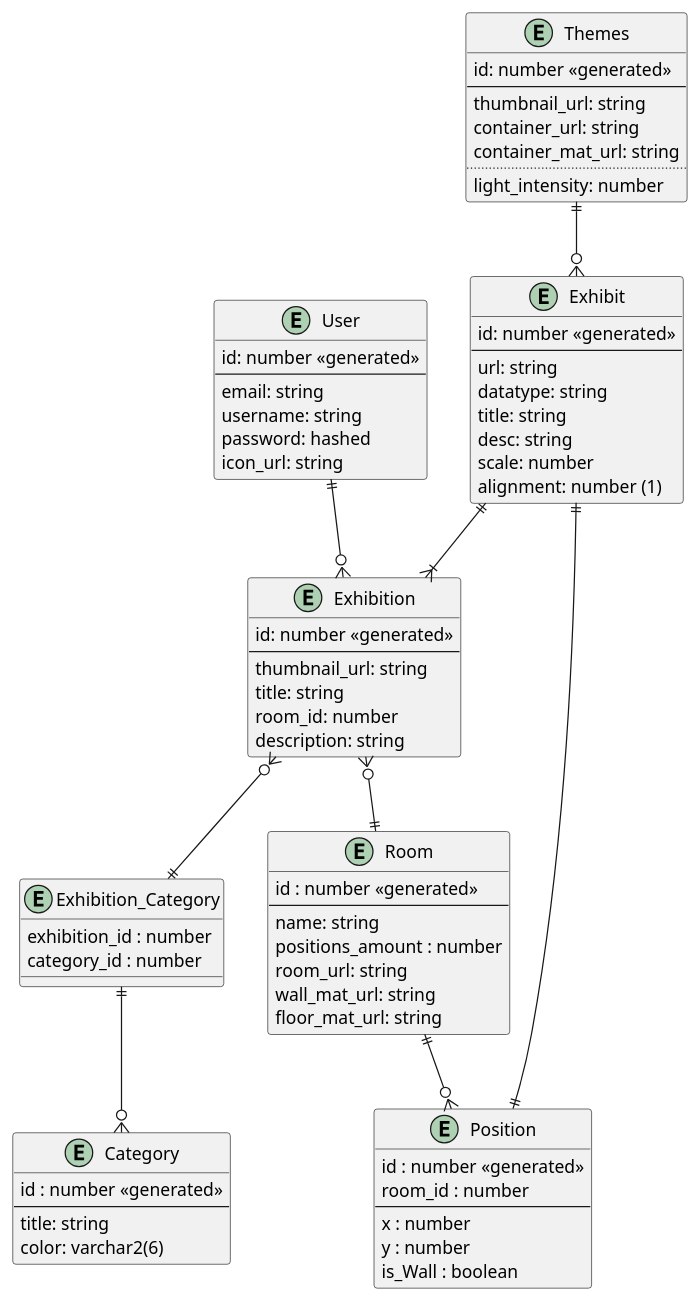
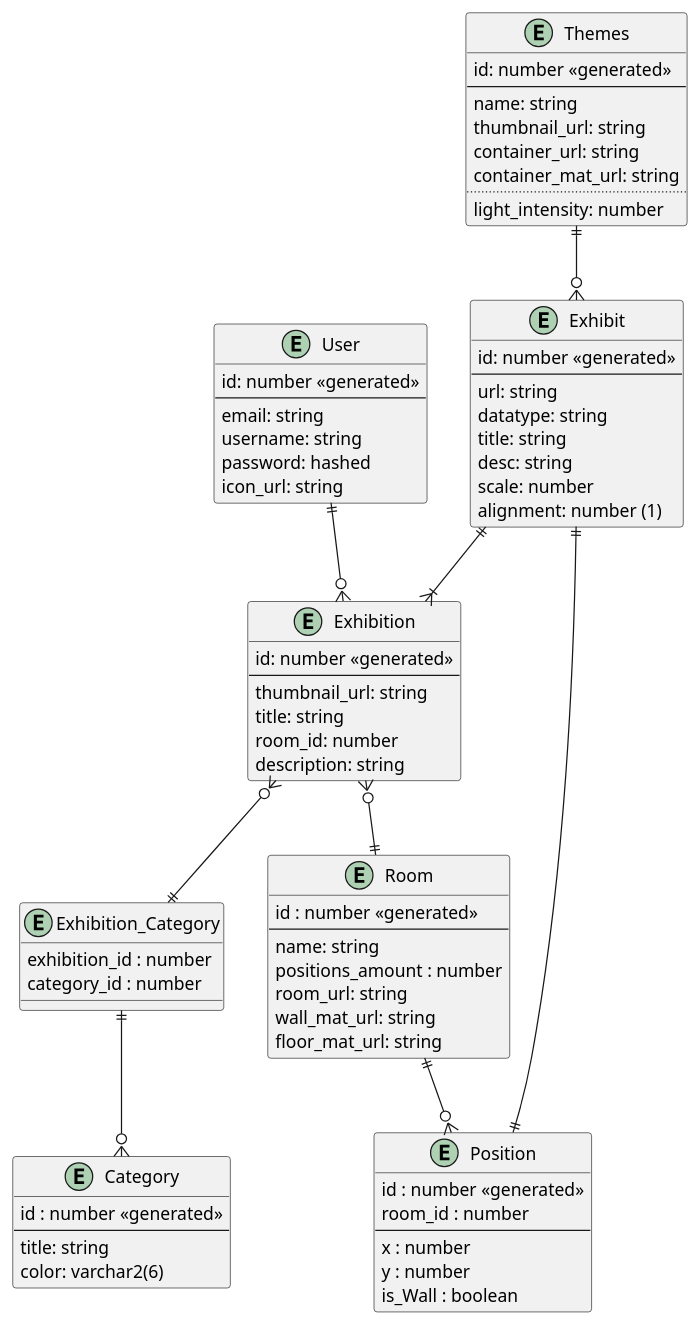
One commit to L0R3N7/3D-Portfolio-Gallery changed the diagram in ERD/erd.wsd. Above: the diagram before and after it, drawn with PlantUML.

Commit message:
lol field im ERD vergessen

```diff
--- a/ERD/erd.wsd
+++ b/ERD/erd.wsd
@@ -1,79 +1,80 @@
 @startuml DA-Klassendiagramm
 entity User {
     id: number <<generated>>
     --
     email: string
     username: string
     password: hashed
     icon_url: string
 }
 
 entity Exhibition {
     id: number <<generated>>
     --
     thumbnail_url: string
     title: string
     room_id: number
     description: string
 }
 entity Themes {
     id: number <<generated>>
     --
+    name: string
     thumbnail_url: string
     container_url: string
     container_mat_url: string
     ..
     light_intensity: number
 }
 
 entity Room {
     id : number <<generated>>
     --
     name: string
     positions_amount : number
     room_url: string
     wall_mat_url: string
     floor_mat_url: string
 }
 
 entity Position{
     id : number <<generated>>
     room_id : number
     ---
     x : number
     y : number
     is_Wall : boolean
 }
 
 entity Exhibition_Category {
     exhibition_id : number
     category_id : number
 }
 
 entity Category{
    id : number <<generated>>
    --
    title: string
    color: varchar2(6)
 }
 
 entity Exhibit {
     id: number <<generated>> 
     --
     url: string
     datatype: string
     title: string
     desc: string
     scale: number
     alignment: number (1)
 }
 
 User ||--o{ Exhibition
 Exhibit ||--|{Exhibition
 Exhibit ||--|| Position
 Exhibition }o--|| Exhibition_Category
 Exhibition_Category ||--o{ Category
 Room ||--o{ Position
 Exhibition }o--|| Room
 Themes ||--o{ Exhibit
 @enduml
```
